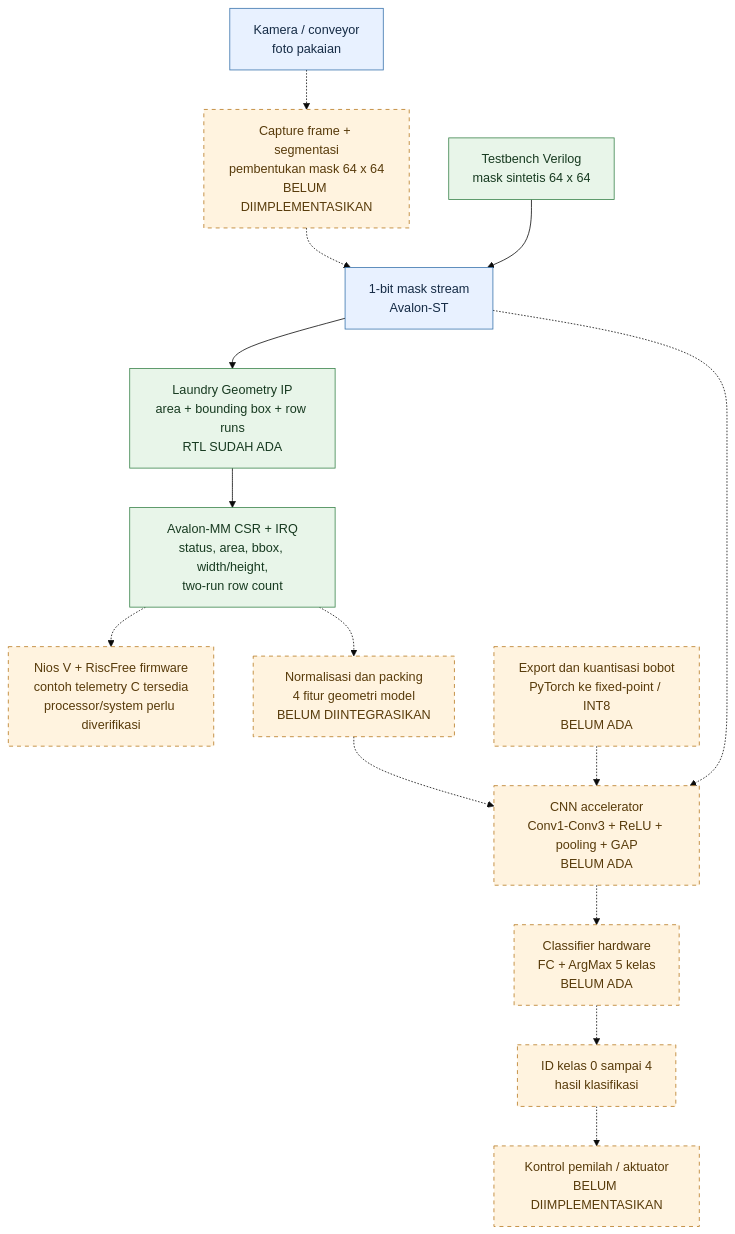
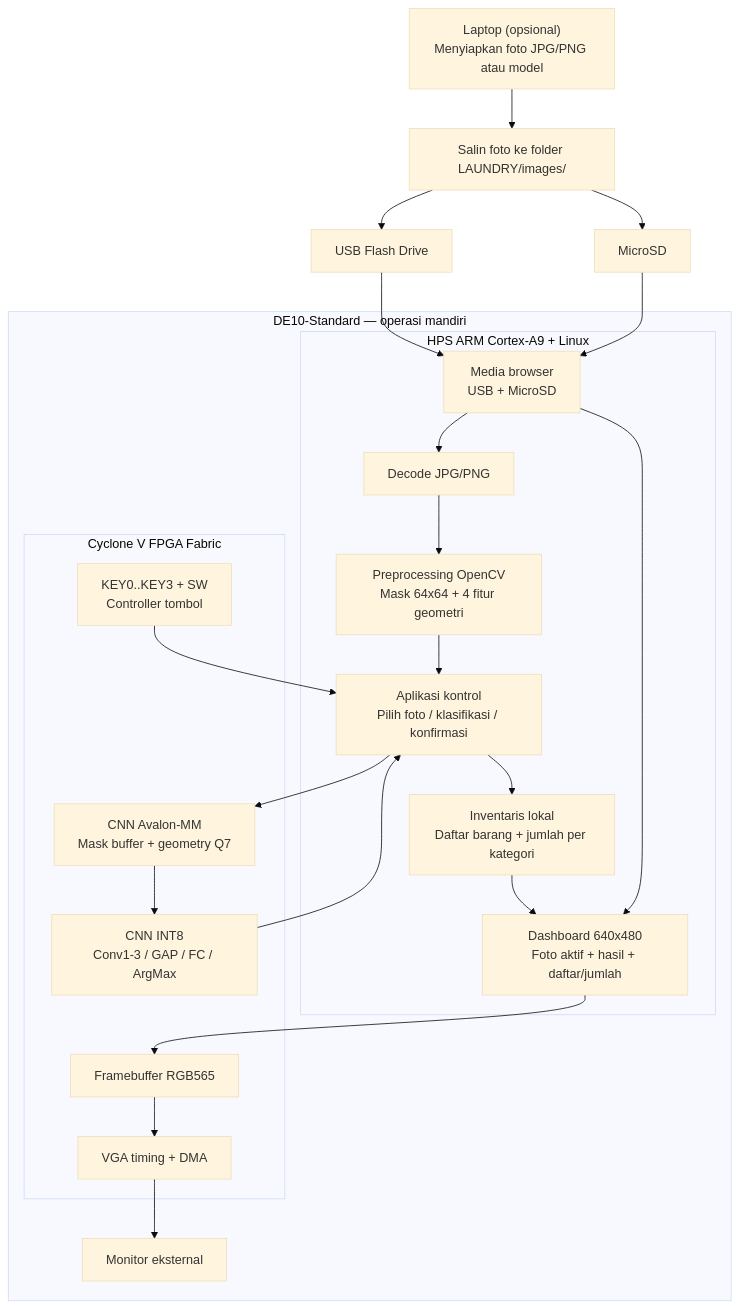
Before and after one commit to Scytron01/cnn-kevins: the third of 5 diagrams in README.md, drawn with Mermaid (base theme). The commit also changed other lines of this file, not shown here.

Commit message:
Replace camera conveyor architecture with standalone photo file workflow

```diff
--- a/README.md
+++ b/README.md
@@ -167,37 +167,37 @@
 ~~~mermaid
 flowchart TB
-    CAM["Kamera / conveyor<br/>foto pakaian"]
-    CAP["Capture frame + segmentasi<br/>pembentukan mask 64 x 64<br/>BELUM DIIMPLEMENTASIKAN"]
-    STREAM["1-bit mask stream<br/>Avalon-ST"]
-    GEO["Laundry Geometry IP<br/>area + bounding box + row runs<br/>RTL SUDAH ADA"]
-    CSR["Avalon-MM CSR + IRQ<br/>status, area, bbox, width/height,<br/>two-run row count"]
-    NIOS["Nios V + RiscFree firmware<br/>contoh telemetry C tersedia<br/>processor/system perlu diverifikasi"]
-    FEAT["Normalisasi dan packing<br/>4 fitur geometri model<br/>BELUM DIINTEGRASIKAN"]
-    QWEIGHT["Export dan kuantisasi bobot<br/>PyTorch ke fixed-point / INT8<br/>BELUM ADA"]
-    CNN["CNN accelerator<br/>Conv1-Conv3 + ReLU + pooling + GAP<br/>BELUM ADA"]
-    FC["Classifier hardware<br/>FC + ArgMax 5 kelas<br/>BELUM ADA"]
-    RESULT["ID kelas 0 sampai 4<br/>hasil klasifikasi"]
-    ACT["Kontrol pemilah / aktuator<br/>BELUM DIIMPLEMENTASIKAN"]
-    TB["Testbench Verilog<br/>mask sintetis 64 x 64"]
+    LAPTOP["Laptop (opsional)<br/>Menyiapkan foto JPG/PNG atau model"] --> COPY["Salin foto ke folder LAUNDRY/images/"]
+    COPY --> USB["USB Flash Drive"]
+    COPY --> SD["MicroSD"]
+    USB --> MEDIA
+    SD --> MEDIA
 
-    CAM -.-> CAP
-    CAP -.-> STREAM
-    STREAM --> GEO
-    GEO --> CSR
-    CSR -.-> NIOS
-    CSR -.-> FEAT
-    QWEIGHT -.-> CNN
-    STREAM -.-> CNN
-    FEAT -.-> CNN
-    CNN -.-> FC
-    FC -.-> RESULT
-    RESULT -.-> ACT
-    TB --> STREAM
+    subgraph BOARD["DE10-Standard — operasi mandiri"]
+      subgraph HPS["HPS ARM Cortex-A9 + Linux"]
+        MEDIA["Media browser<br/>USB + MicroSD"]
+        DECODE["Decode JPG/PNG"]
+        PRE["Preprocessing OpenCV<br/>Mask 64x64 + 4 fitur geometri"]
+        APP["Aplikasi kontrol<br/>Pilih foto / klasifikasi / konfirmasi"]
+        INV["Inventaris lokal<br/>Daftar barang + jumlah per kategori"]
+        UI["Dashboard 640x480<br/>Foto aktif + hasil + daftar/jumlah"]
+        MEDIA --> DECODE --> PRE
+        PRE --> APP
+        APP --> INV --> UI
+        MEDIA --> UI
+      end
 
-    classDef available fill:#e8f5e9,stroke:#39834a,color:#173a20
-    classDef planned fill:#fff3df,stroke:#b7791f,color:#583b0b,stroke-dasharray:5 5
-    classDef input fill:#e8f1ff,stroke:#3973ac,color:#152b45
-    class TB,GEO,CSR available
-    class CAM,STREAM input
-    class CAP,NIOS,FEAT,QWEIGHT,CNN,FC,RESULT,ACT planned
+      subgraph FPGA["Cyclone V FPGA Fabric"]
+        KEY["KEY0..KEY3 + SW<br/>Controller tombol"]
+        CSR["CNN Avalon-MM<br/>Mask buffer + geometry Q7"]
+        CNN["CNN INT8<br/>Conv1-3 / GAP / FC / ArgMax"]
+        FB["Framebuffer RGB565"]
+        VGA["VGA timing + DMA"]
+        CSR --> CNN
+        KEY --> APP
+        APP --> CSR
+        CNN --> APP
+        UI --> FB --> VGA
+      end
+      VGA --> MONITOR["Monitor eksternal"]
+    end
 ~~~
```
